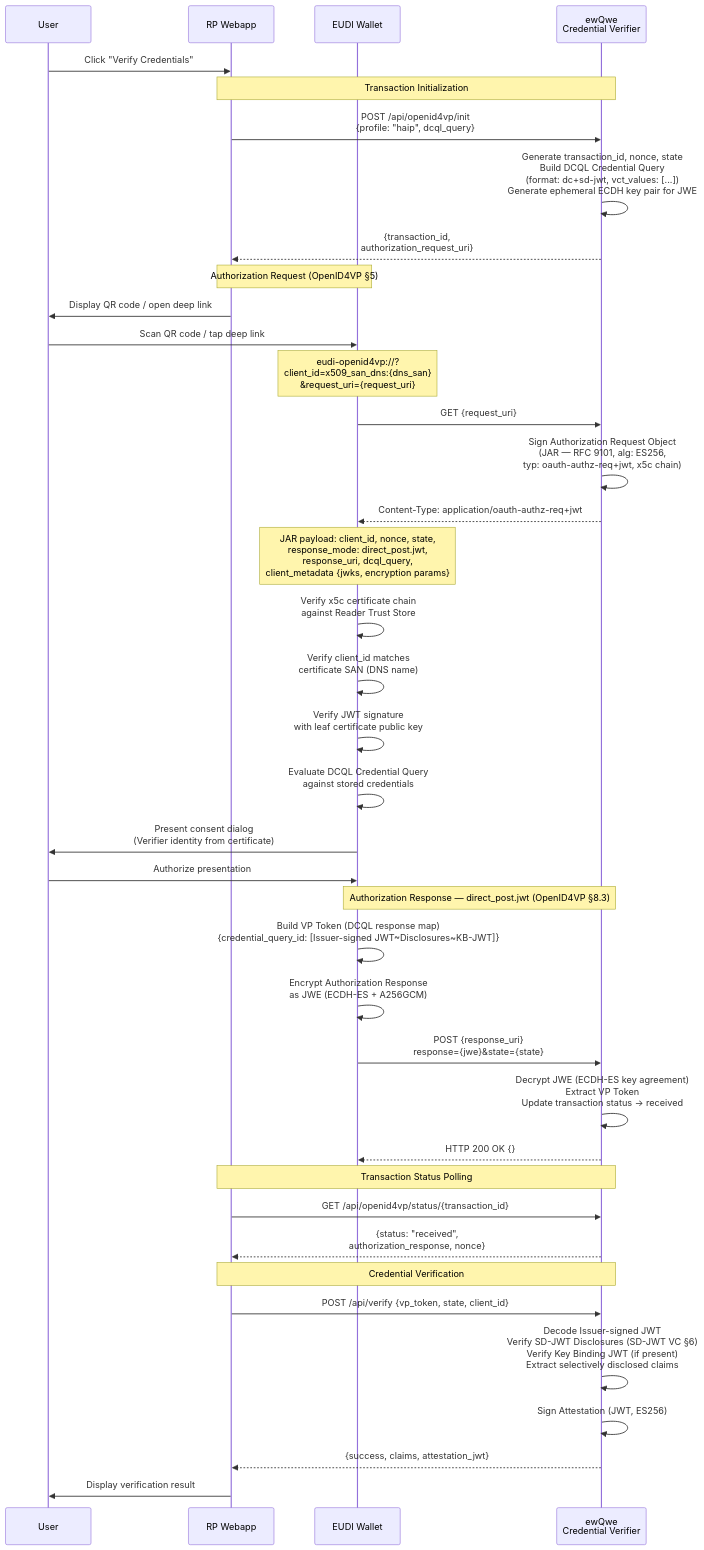
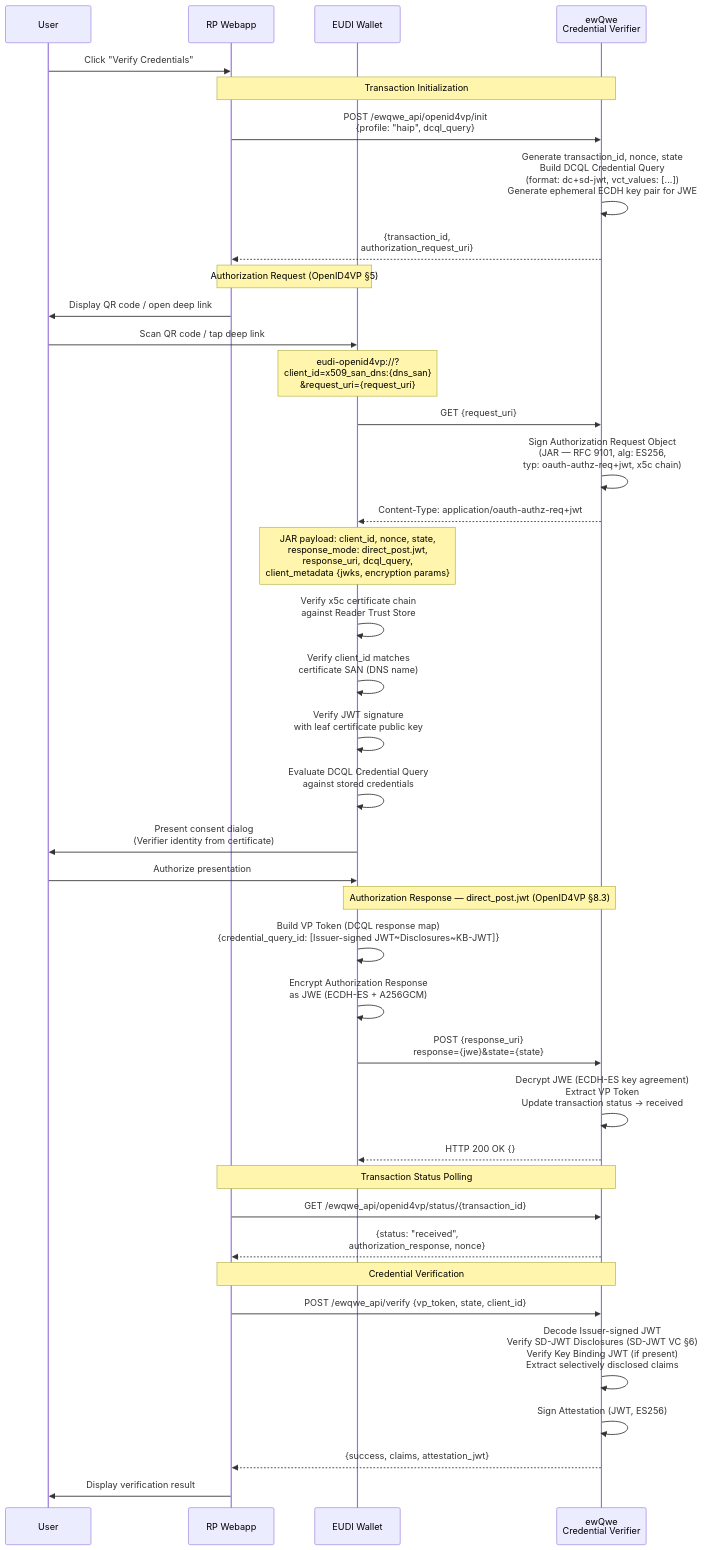
The third of 3 diagrams in documentation/src/user-journey.md (rd-ewqwe/ewqwe-identity), drawn with Mermaid before and after one commit. The commit also changed other lines of this file and 33 other files, not shown here.

Commit message:
changed api endpoint from /api/ to /ewqwe_api/

````diff
--- a/documentation/src/user-journey.md
+++ b/documentation/src/user-journey.md
@@ -198,52 +198,52 @@
 ```mermaid
 sequenceDiagram
     participant User
     participant RP as RP Webapp
     participant EUDI as EUDI Wallet
     participant CV as ewQwe<br/>Credential Verifier
 
     User->>RP: Click "Verify Credentials"
 
     Note over RP,CV: Transaction Initialization
-    RP->>CV: POST /api/openid4vp/init<br/>{profile: "haip", dcql_query}
+    RP->>CV: POST /ewqwe_api/openid4vp/init<br/>{profile: "haip", dcql_query}
     CV->>CV: Generate transaction_id, nonce, state<br/>Build DCQL Credential Query<br/>(format: dc+sd-jwt, vct_values: [...])<br/>Generate ephemeral ECDH key pair for JWE
     CV-->>RP: {transaction_id,<br/>authorization_request_uri}
 
     Note over RP,EUDI: Authorization Request (OpenID4VP §5)
     RP->>User: Display QR code / open deep link
     User->>EUDI: Scan QR code / tap deep link
 
     Note over EUDI: eudi-openid4vp://?<br/>client_id=x509_san_dns:{dns_san}<br/>&request_uri={request_uri}
 
     EUDI->>CV: GET {request_uri}
     CV->>CV: Sign Authorization Request Object<br/>(JAR — RFC 9101, alg: ES256,<br/>typ: oauth-authz-req+jwt, x5c chain)
     CV-->>EUDI: Content-Type: application/oauth-authz-req+jwt
 
     Note over EUDI: JAR payload: client_id, nonce, state,<br/>response_mode: direct_post.jwt,<br/>response_uri, dcql_query,<br/>client_metadata {jwks, encryption params}
 
     EUDI->>EUDI: Verify x5c certificate chain<br/>against Reader Trust Store
     EUDI->>EUDI: Verify client_id matches<br/>certificate SAN (DNS name)
     EUDI->>EUDI: Verify JWT signature<br/>with leaf certificate public key
     EUDI->>EUDI: Evaluate DCQL Credential Query<br/>against stored credentials
     EUDI->>User: Present consent dialog<br/>(Verifier identity from certificate)
     User->>EUDI: Authorize presentation
 
     Note over EUDI,CV: Authorization Response — direct_post.jwt (OpenID4VP §8.3)
     EUDI->>EUDI: Build VP Token (DCQL response map)<br/>{credential_query_id: [Issuer-signed JWT~Disclosures~KB-JWT]}
     EUDI->>EUDI: Encrypt Authorization Response<br/>as JWE (ECDH-ES + A256GCM)
     EUDI->>CV: POST {response_uri}<br/>response={jwe}&state={state}
     CV->>CV: Decrypt JWE (ECDH-ES key agreement)<br/>Extract VP Token<br/>Update transaction status → received
     CV-->>EUDI: HTTP 200 OK {}
 
     Note over RP,CV: Transaction Status Polling
-    RP->>CV: GET /api/openid4vp/status/{transaction_id}
+    RP->>CV: GET /ewqwe_api/openid4vp/status/{transaction_id}
     CV-->>RP: {status: "received",<br/>authorization_response, nonce}
 
     Note over RP,CV: Credential Verification
-    RP->>CV: POST /api/verify {vp_token, state, client_id}
+    RP->>CV: POST /ewqwe_api/verify {vp_token, state, client_id}
     CV->>CV: Decode Issuer-signed JWT<br/>Verify SD-JWT Disclosures (SD-JWT VC §6)<br/>Verify Key Binding JWT (if present)<br/>Extract selectively disclosed claims
     CV->>CV: Sign Attestation (JWT, ES256)
     CV-->>RP: {success, claims, attestation_jwt}
 
     RP->>User: Display verification result
 ```
````
